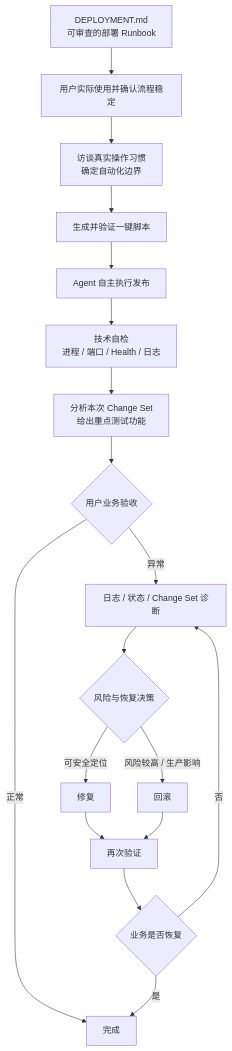
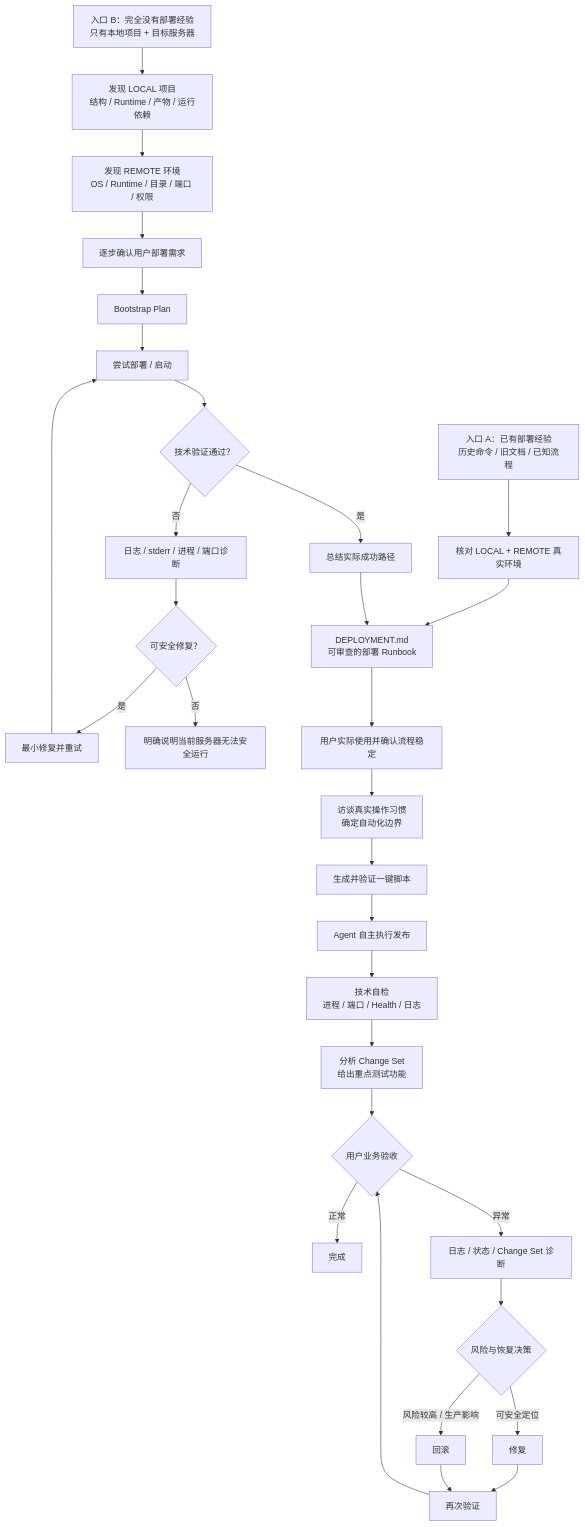
Before and after one commit to qigelunbiya/dsh-ssh-files-sidebar: the diagram in README.md, drawn with Mermaid. The commit also changed other lines of this file, not shown here.

Commit message:
docs: add zero-to-one deployment bootstrap to README

````diff
--- a/README.md
+++ b/README.md
@@ -36,20 +37,35 @@
 ```mermaid
 flowchart TD
-    A["DEPLOYMENT.md<br/>可审查的部署 Runbook"] --> B["用户实际使用并确认流程稳定"]
-    B --> C["访谈真实操作习惯<br/>确定自动化边界"]
-    C --> D["生成并验证一键脚本"]
-    D --> E["Agent 自主执行发布"]
-    E --> F["技术自检<br/>进程 / 端口 / Health / 日志"]
-    F --> G["分析本次 Change Set<br/>给出重点测试功能"]
-    G --> H{"用户业务验收"}
-    H -->|正常| I["完成"]
-    H -->|异常| J["日志 / 状态 / Change Set 诊断"]
-    J --> K{"风险与恢复决策"}
-    K -->|可安全定位| L["修复"]
-    K -->|风险较高 / 生产影响| M["回滚"]
-    L --> N["再次验证"]
-    M --> N
-    N --> O{"业务是否恢复"}
-    O -->|是| I
-    O -->|否| J
+    A1["入口 A：已有部署经验<br/>历史命令 / 旧文档 / 已知流程"] --> B1["核对 LOCAL + REMOTE 真实环境"]
+    B1 --> R["DEPLOYMENT.md<br/>可审查的部署 Runbook"]
+
+    A2["入口 B：完全没有部署经验<br/>只有本地项目 + 目标服务器"] --> L["发现 LOCAL 项目<br/>结构 / Runtime / 产物 / 运行依赖"]
+    L --> S["发现 REMOTE 环境<br/>OS / Runtime / 目录 / 端口 / 权限"]
+    S --> Q["逐步确认用户部署需求"]
+    Q --> P["Bootstrap Plan"]
+    P --> T["尝试部署 / 启动"]
+    T --> X{"技术验证通过？"}
+    X -->|否| D["日志 / stderr / 进程 / 端口诊断"]
+    D --> C{"可安全修复？"}
+    C -->|是| F["最小修复并重试"]
+    F --> T
+    C -->|否| STOP["明确说明当前服务器无法安全运行"]
+    X -->|是| BASE["总结实际成功路径"]
+    BASE --> R
+
+    R --> V["用户实际使用并确认流程稳定"]
+    V --> H["访谈真实操作习惯<br/>确定自动化边界"]
+    H --> O["生成并验证一键脚本"]
+    O --> E["Agent 自主执行发布"]
+    E --> K["技术自检<br/>进程 / 端口 / Health / 日志"]
+    K --> G["分析 Change Set<br/>给出重点测试功能"]
+    G --> U{"用户业务验收"}
+    U -->|正常| DONE["完成"]
+    U -->|异常| Z["日志 / 状态 / Change Set 诊断"]
+    Z --> RISK{"风险与恢复决策"}
+    RISK -->|可安全定位| FIX["修复"]
+    RISK -->|风险较高 / 生产影响| RB["回滚"]
+    FIX --> RE["再次验证"]
+    RB --> RE
+    RE --> U
 ```
````
